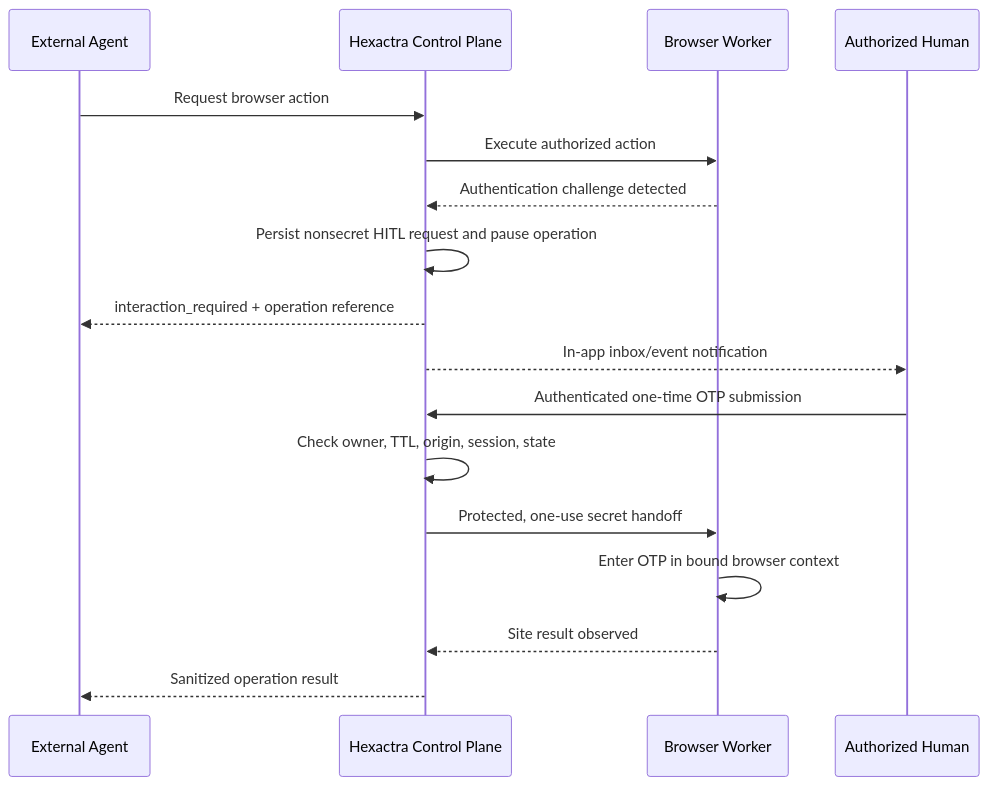
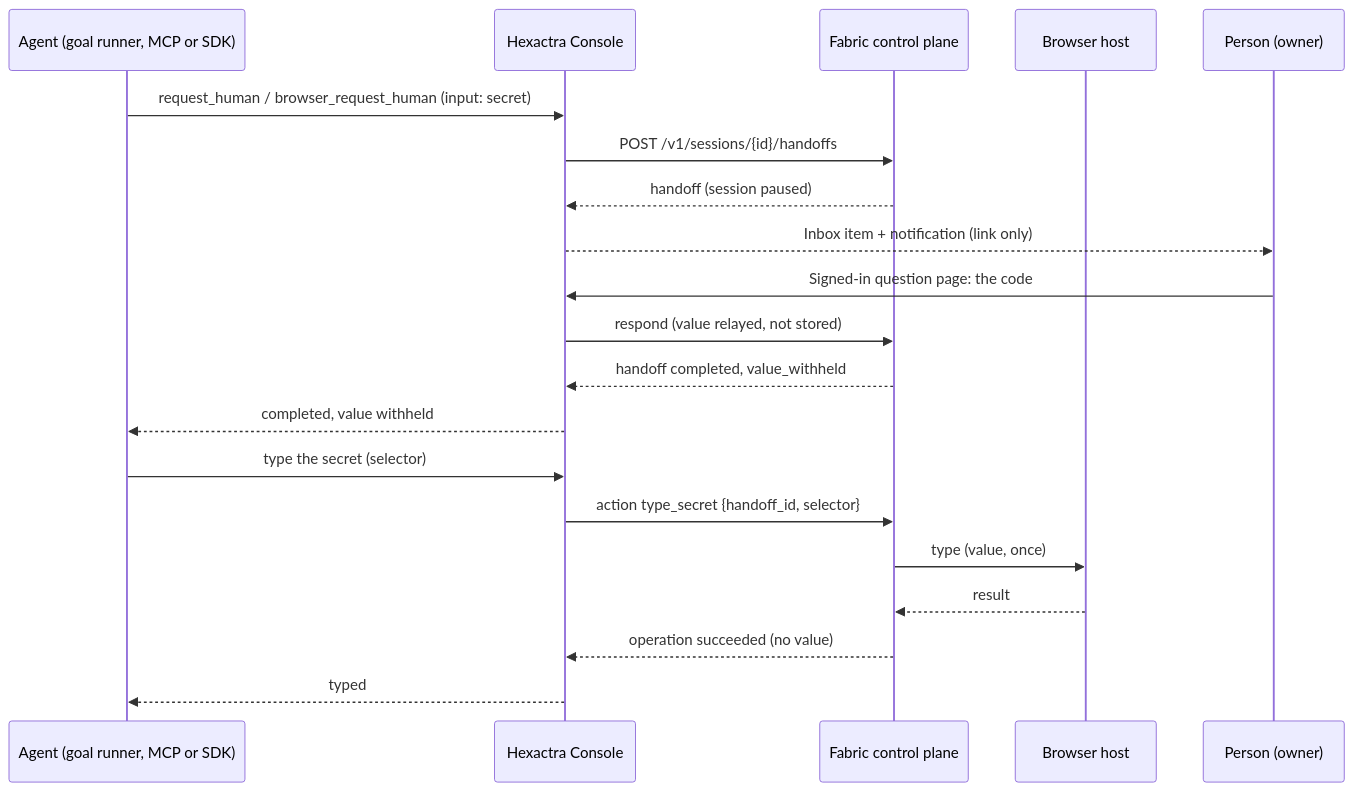
The second of 3 diagrams in VISION.MD (marinoscar/hexactra), drawn with Mermaid before and after one commit. The commit also changed other lines of this file and 17 other files, not shown here.

```diff
--- a/VISION.MD
+++ b/VISION.MD
@@ -551,19 +576,22 @@
 ~~~mermaid
 sequenceDiagram
-  participant A as External Agent
-  participant C as Hexactra Control Plane
-  participant B as Browser Worker
-  participant H as Authorized Human
-  A->>C: Request browser action
-  C->>B: Execute authorized action
-  B-->>C: Authentication challenge detected
-  C->>C: Persist nonsecret HITL request and pause operation
-  C-->>A: interaction_required + operation reference
-  C-->>H: In-app inbox/event notification
-  H->>C: Authenticated one-time OTP submission
-  C->>C: Check owner, TTL, origin, session, state
-  C->>B: Protected, one-use secret handoff
-  B->>B: Enter OTP in bound browser context
-  B-->>C: Site result observed
-  C-->>A: Sanitized operation result
+  participant A as Agent (goal runner, MCP or SDK)
+  participant K as Hexactra Console
+  participant F as Fabric control plane
+  participant H as Browser host
+  participant P as Person (owner)
+  A->>K: request_human / browser_request_human (input: secret)
+  K->>F: POST /v1/sessions/{id}/handoffs
+  F-->>K: handoff (session paused)
+  K-->>P: Inbox item + notification (link only)
+  P->>K: Signed-in question page: the code
+  K->>F: respond (value relayed, not stored)
+  F-->>K: handoff completed, value_withheld
+  K-->>A: completed, value withheld
+  A->>K: type the secret (selector)
+  K->>F: action type_secret {handoff_id, selector}
+  F->>H: type (value, once)
+  H-->>F: result
+  F-->>K: operation succeeded (no value)
+  K-->>A: typed
 ~~~
```
